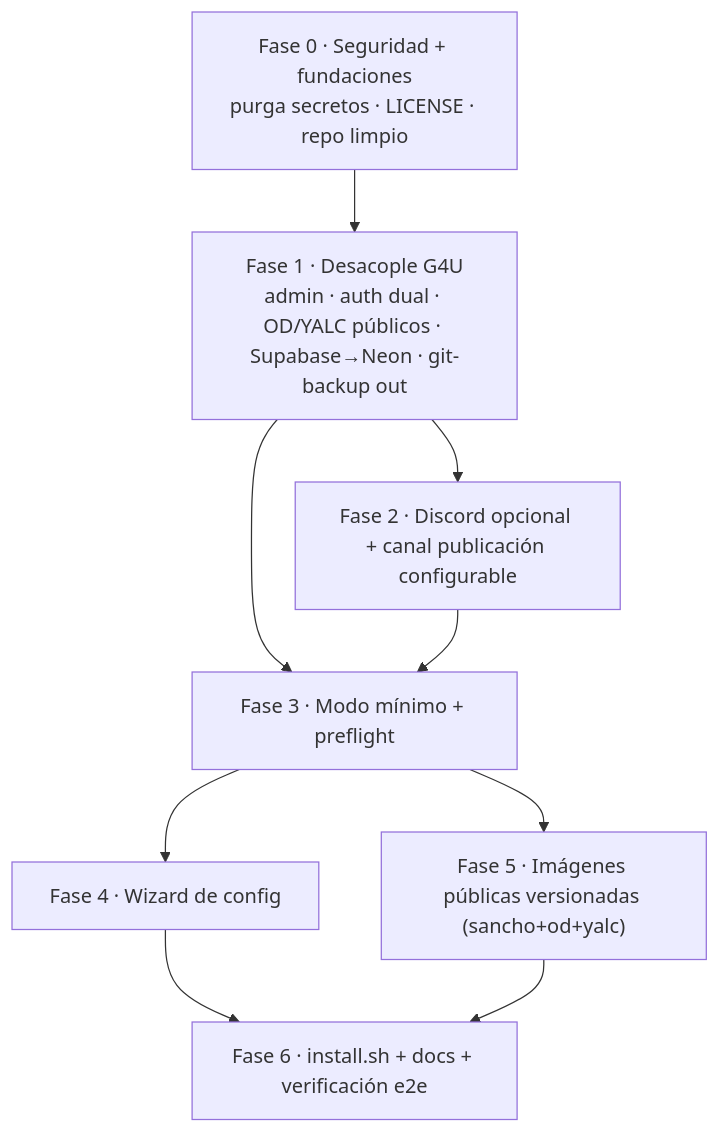
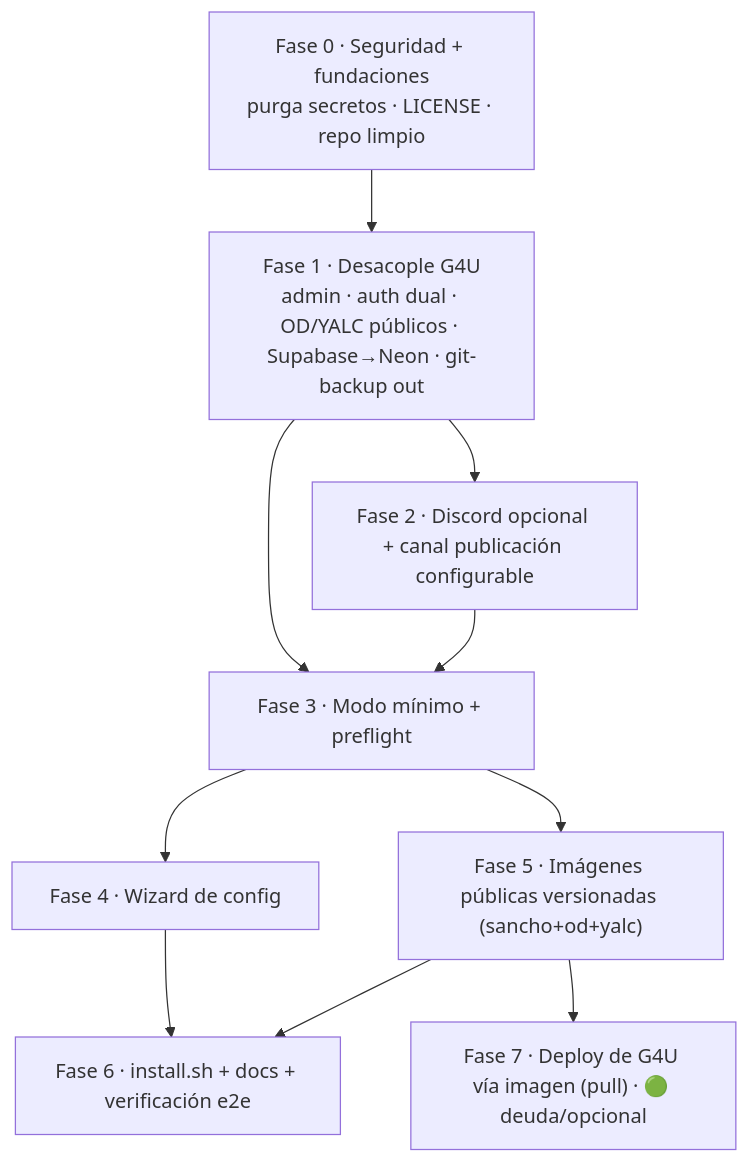
Before and after one commit to Growth4U-systems/sanchocmo-openclaw: the diagram in docs/plans/sanchocmo-packaging-plan.md, drawn with Mermaid. The commit also changed other lines of this file, not shown here.

Commit message:
docs(packaging): add Fase 7 (deploy via image pull) to plan (SAN-140)

````diff
--- a/docs/plans/sanchocmo-packaging-plan.md
+++ b/docs/plans/sanchocmo-packaging-plan.md
@@ -237,12 +238,14 @@
 ```mermaid
 graph TD
     P0["Fase 0 · Seguridad + fundaciones<br/>purga secretos · LICENSE · repo limpio"] --> P1
     P1["Fase 1 · Desacople G4U<br/>admin · auth dual · OD/YALC públicos · Supabase→Neon · git-backup out"] --> P2
     P1 --> P3
     P2["Fase 2 · Discord opcional + canal publicación configurable"] --> P3
     P3["Fase 3 · Modo mínimo + preflight"] --> P4
     P3 --> P5
     P4["Fase 4 · Wizard de config"] --> P6
     P5["Fase 5 · Imágenes públicas versionadas (sancho+od+yalc)"] --> P6
+    P5 --> P7
     P6["Fase 6 · install.sh + docs + verificación e2e"]
+    P7["Fase 7 · Deploy de G4U vía imagen (pull) · 🟢 deuda/opcional"]
 ```
````
